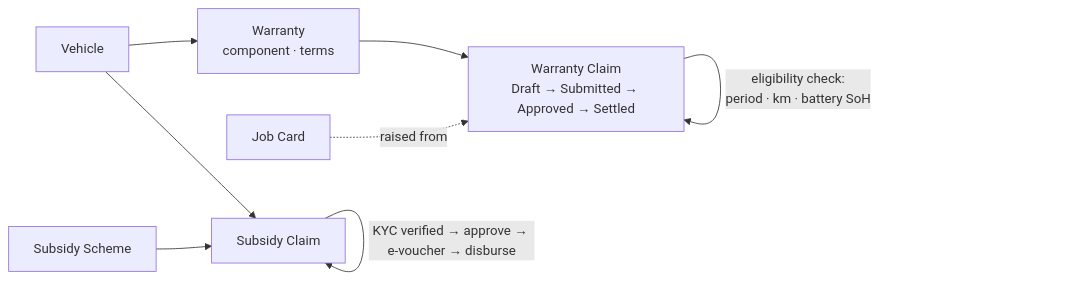
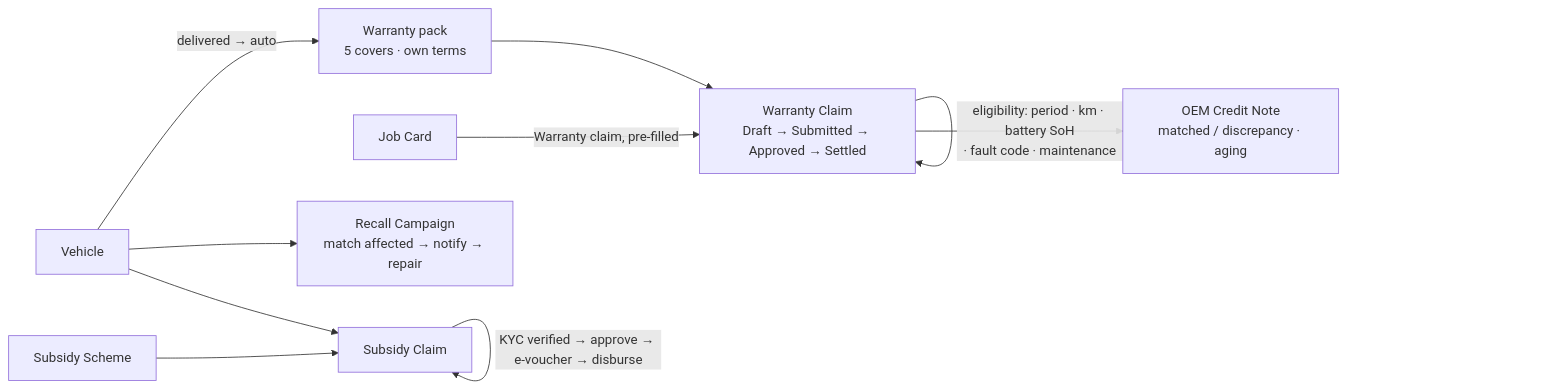
One commit to SahilSharma2911/nexterp changed the fifth of 5 diagrams in docs/architecture-flow.md. Above: the diagram before and after it, drawn with Mermaid. The commit also changed other lines of this file and 2 other files, not shown here.

Commit message:
docs: document the built warranty suite + barcode fallbacks, with flows
- Rewrite docs/dms/warranty-management.md from a "not built yet" design note to
  the shipped reality, explained as step-by-step flows for non-developers:
  registration at sale, claim-from-job-card, automated eligibility (6 checks),
  OEM submission/tracking timeline, reimbursement reconciliation (credit notes,
  aging, discrepancies), warranty analytics (incl. battery fleet liability), and
  recall campaigns — with Mermaid diagrams, the real data model, and a UI route map.
- barcode-batch-tracking.md: add "everything is always scannable" — item/vehicle/
  batch fall back to item code / VIN / batch number so there are no blank barcodes.
- architecture-flow.md: expand the aftersales diagram (auto-registration, credit-
  note reconciliation, recalls) and link to the warranty doc.

````diff
--- a/docs/architecture-flow.md
+++ b/docs/architecture-flow.md
@@ -175,11 +175,14 @@
 ```mermaid
 flowchart LR
-  VEH[Vehicle] --> WAR[Warranty<br/>component · terms]
-  WAR --> WCL[Warranty Claim<br/>Draft → Submitted → Approved → Settled]
-  JOB[Job Card] -.->|raised from| WCL
-  WCL -->|eligibility check:<br/>period · km · battery SoH| WCL
+  VEH[Vehicle] -->|delivered → auto| WAR[Warranty pack<br/>5 covers · own terms]
+  JOB[Job Card] -->|Warranty claim, pre-filled| WCL[Warranty Claim<br/>Draft → Submitted → Approved → Settled]
+  WAR --> WCL
+  WCL -->|eligibility: period · km · battery SoH<br/>· fault code · maintenance| WCL
+  WCL --> CN[OEM Credit Note<br/>matched / discrepancy · aging]
+
+  VEH --> REC[Recall Campaign<br/>match affected → notify → repair]
 
   VEH --> SUB[Subsidy Claim]
   SCH[Subsidy Scheme] --> SUB
   SUB -->|KYC verified → approve → e-voucher → disburse| SUB
 ```
````
